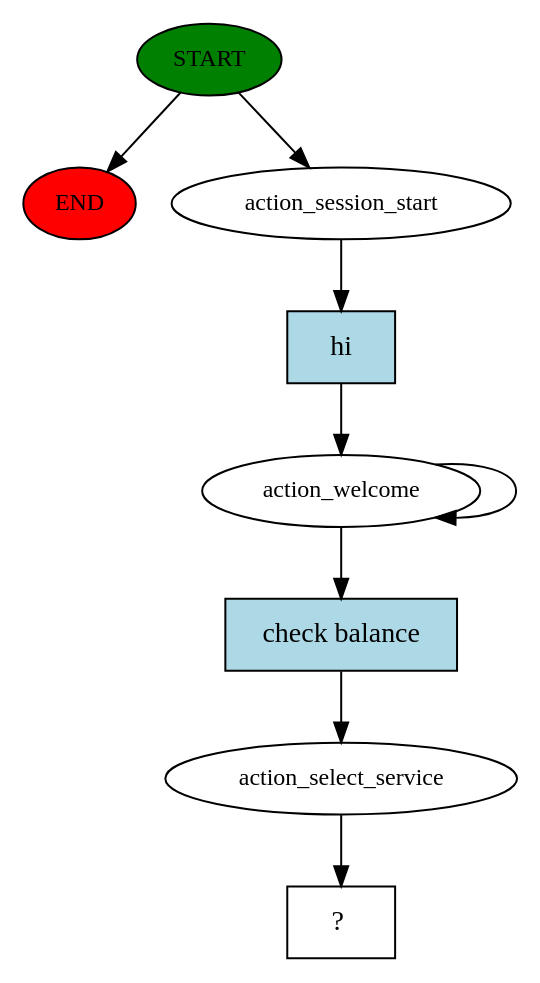
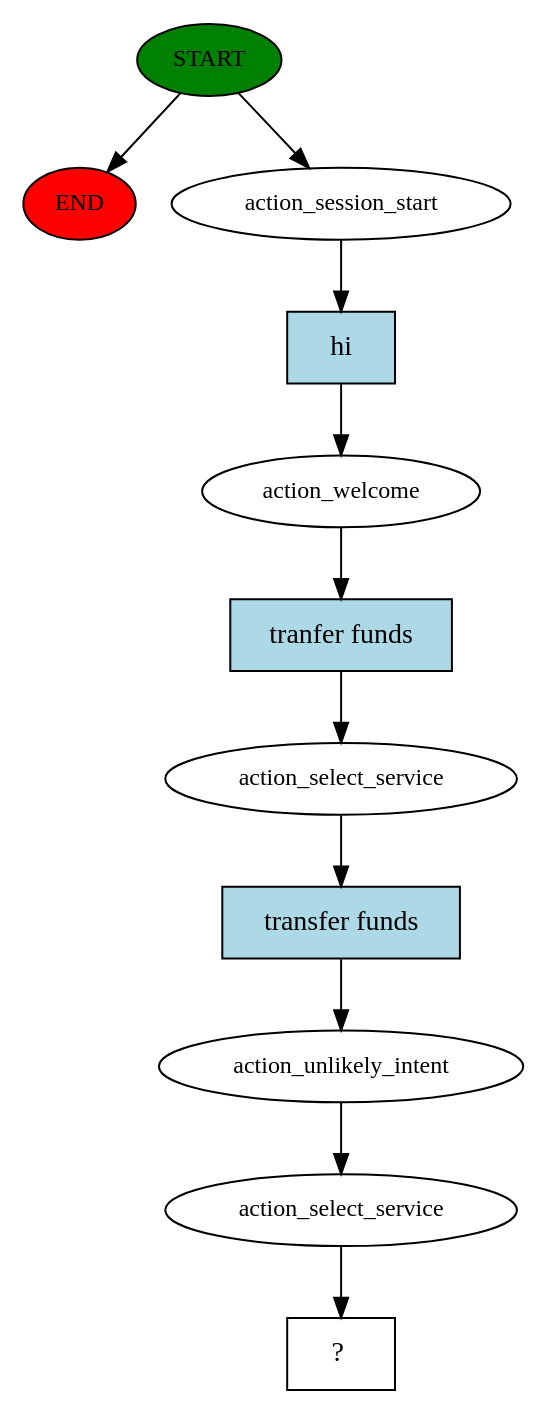
Before and after one commit to kritsid/Krishvi--adventure: the diagram in story_graph.dot, drawn with Graphviz. The commit also changed 11 other files, not shown here.

```diff
--- a/story_graph.dot
+++ b/story_graph.dot
@@ -1,18 +1,23 @@
 digraph  {
 0 [class="start active", fillcolor=green, fontsize=12, label=START, style=filled];
 "-1" [class=end, fillcolor=red, fontsize=12, label=END, style=filled];
 1 [class=active, fontsize=12, label=action_session_start];
 2 [class=active, fontsize=12, label=action_welcome];
-4 [class=active, fontsize=12, label=action_select_service];
-5 [class="intent dashed active", label="  ?  ", shape=rect];
-6 [class="intent active", fillcolor=lightblue, label=hi, shape=rect, style=filled];
-7 [class="intent active", fillcolor=lightblue, label="check balance", shape=rect, style=filled];
+3 [class=active, fontsize=12, label=action_select_service];
+4 [class=active, fontsize=12, label=action_unlikely_intent];
+5 [class=active, fontsize=12, label=action_select_service];
+6 [class="intent dashed active", label="  ?  ", shape=rect];
+7 [class="intent active", fillcolor=lightblue, label=hi, shape=rect, style=filled];
+8 [class="intent active", fillcolor=lightblue, label="tranfer funds", shape=rect, style=filled];
+9 [class="intent active", fillcolor=lightblue, label="transfer funds", shape=rect, style=filled];
 0 -> "-1"  [class="", key=NONE, label=""];
 0 -> 1  [class=active, key=NONE, label=""];
-1 -> 6  [class=active, key=0];
-2 -> 2  [class=active, key=NONE, label=""];
-2 -> 7  [class=active, key=0];
+1 -> 7  [class=active, key=0];
+2 -> 8  [class=active, key=0];
+3 -> 9  [class=active, key=0];
 4 -> 5  [class=active, key=NONE, label=""];
-6 -> 2  [class=active, key=0];
-7 -> 4  [class=active, key=0];
+5 -> 6  [class=active, key=NONE, label=""];
+7 -> 2  [class=active, key=0];
+8 -> 3  [class=active, key=0];
+9 -> 4  [class=active, key=0];
 }
```
